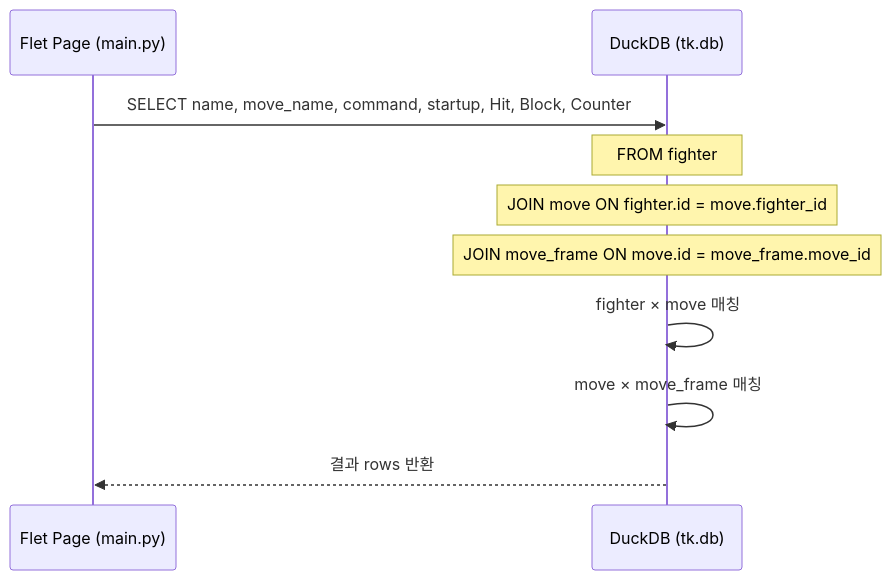
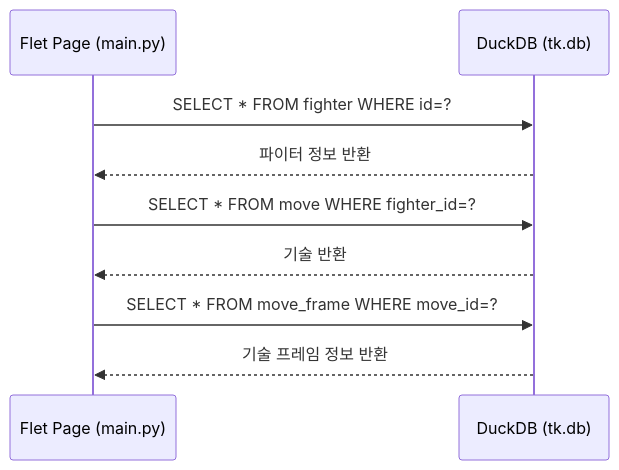
One commit to joohone570/tekken-db changed the diagram in mermaid/Join.md. Above: the diagram before and after it, drawn with Mermaid. The commit also changed 3 other files, not shown here.

````diff
--- a/mermaid/Join.md
+++ b/mermaid/Join.md
@@ -1,13 +1,11 @@
 ```mermaid
 sequenceDiagram
-    participant Page as Flet Page (main.py)
-    participant DB as DuckDB (tk.db)
-
-    Page->>DB: SELECT name, move_name, command, startup, Hit, Block, Counter
-    note over DB: FROM fighter
-    note over DB: JOIN move ON fighter.id = move.fighter_id
-    note over DB: JOIN move_frame ON move.id = move_frame.move_id
-    DB->>DB: fighter × move 매칭
-    DB->>DB: move × move_frame 매칭
-    DB-->>Page: 결과 rows 반환
+    participant Page as Flet Page (main.py) 
+    participant DB as DuckDB (tk.db) 
+    Page->>DB: SELECT * FROM fighter WHERE id=? 
+    DB-->>Page: 파이터 정보 반환 
+    Page->>DB: SELECT * FROM move WHERE fighter_id=? 
+    DB-->>Page: 기술 반환 
+    Page->>DB: SELECT * FROM move_frame WHERE move_id=? 
+    DB-->>Page: 기술 프레임 정보 반환
 ```
````
